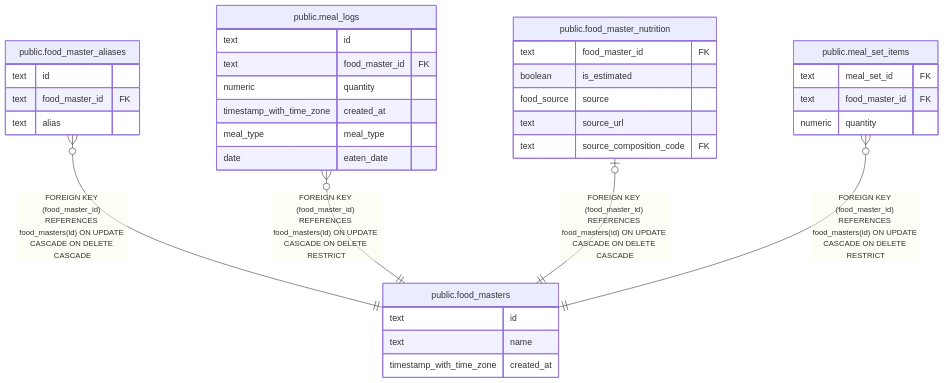
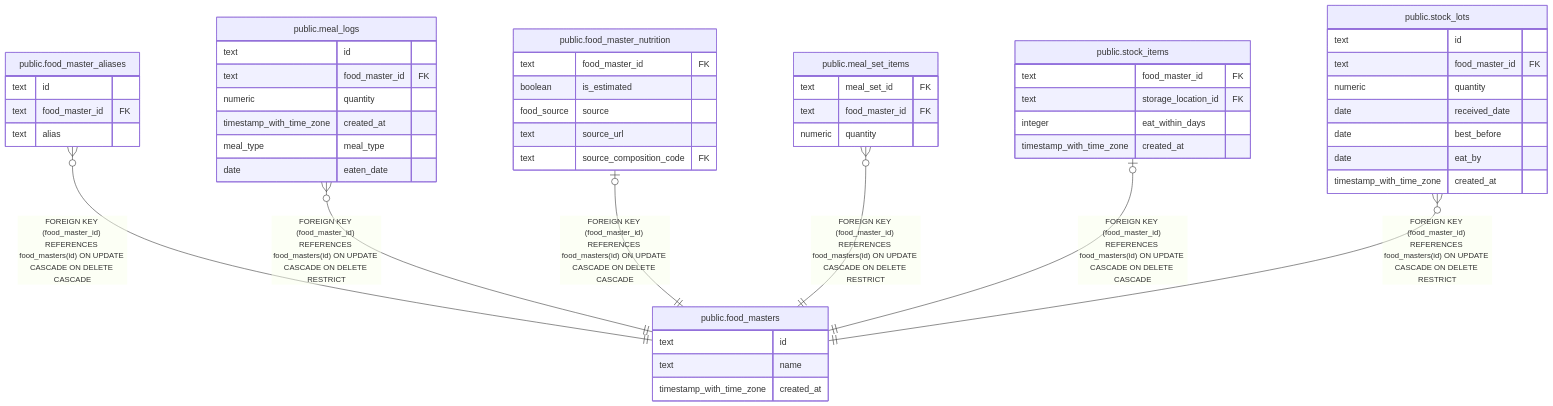
The diagram in docs/db/public.food_masters.md (fohte/meshi), drawn with Mermaid before and after one commit. The commit also changed other lines of this file and 35 other files, not shown here.

Commit message:
stock: manage food inventory and counts (#250)

````diff
--- a/docs/db/public.food_masters.md
+++ b/docs/db/public.food_masters.md
@@ -34,39 +34,56 @@
 ```mermaid
 erDiagram
 
 "public.food_master_aliases" }o--|| "public.food_masters" : "FOREIGN KEY (food_master_id) REFERENCES food_masters(id) ON UPDATE CASCADE ON DELETE CASCADE"
 "public.meal_logs" }o--|| "public.food_masters" : "FOREIGN KEY (food_master_id) REFERENCES food_masters(id) ON UPDATE CASCADE ON DELETE RESTRICT"
 "public.food_master_nutrition" |o--|| "public.food_masters" : "FOREIGN KEY (food_master_id) REFERENCES food_masters(id) ON UPDATE CASCADE ON DELETE CASCADE"
 "public.meal_set_items" }o--|| "public.food_masters" : "FOREIGN KEY (food_master_id) REFERENCES food_masters(id) ON UPDATE CASCADE ON DELETE RESTRICT"
+"public.stock_items" |o--|| "public.food_masters" : "FOREIGN KEY (food_master_id) REFERENCES food_masters(id) ON UPDATE CASCADE ON DELETE CASCADE"
+"public.stock_lots" }o--|| "public.food_masters" : "FOREIGN KEY (food_master_id) REFERENCES food_masters(id) ON UPDATE CASCADE ON DELETE RESTRICT"
 
 "public.food_masters" {
   text id
   text name
   timestamp_with_time_zone created_at
 }
 "public.food_master_aliases" {
   text id
   text food_master_id FK
   text alias
 }
 "public.meal_logs" {
   text id
   text food_master_id FK
   numeric quantity
   timestamp_with_time_zone created_at
   meal_type meal_type
   date eaten_date
 }
 "public.food_master_nutrition" {
   text food_master_id FK
   boolean is_estimated
   food_source source
   text source_url
   text source_composition_code FK
 }
 "public.meal_set_items" {
   text meal_set_id FK
   text food_master_id FK
   numeric quantity
 }
+"public.stock_items" {
+  text food_master_id FK
+  text storage_location_id FK
+  integer eat_within_days
+  timestamp_with_time_zone created_at
+}
+"public.stock_lots" {
+  text id
+  text food_master_id FK
+  numeric quantity
+  date received_date
+  date best_before
+  date eat_by
+  timestamp_with_time_zone created_at
+}
 ```
````
